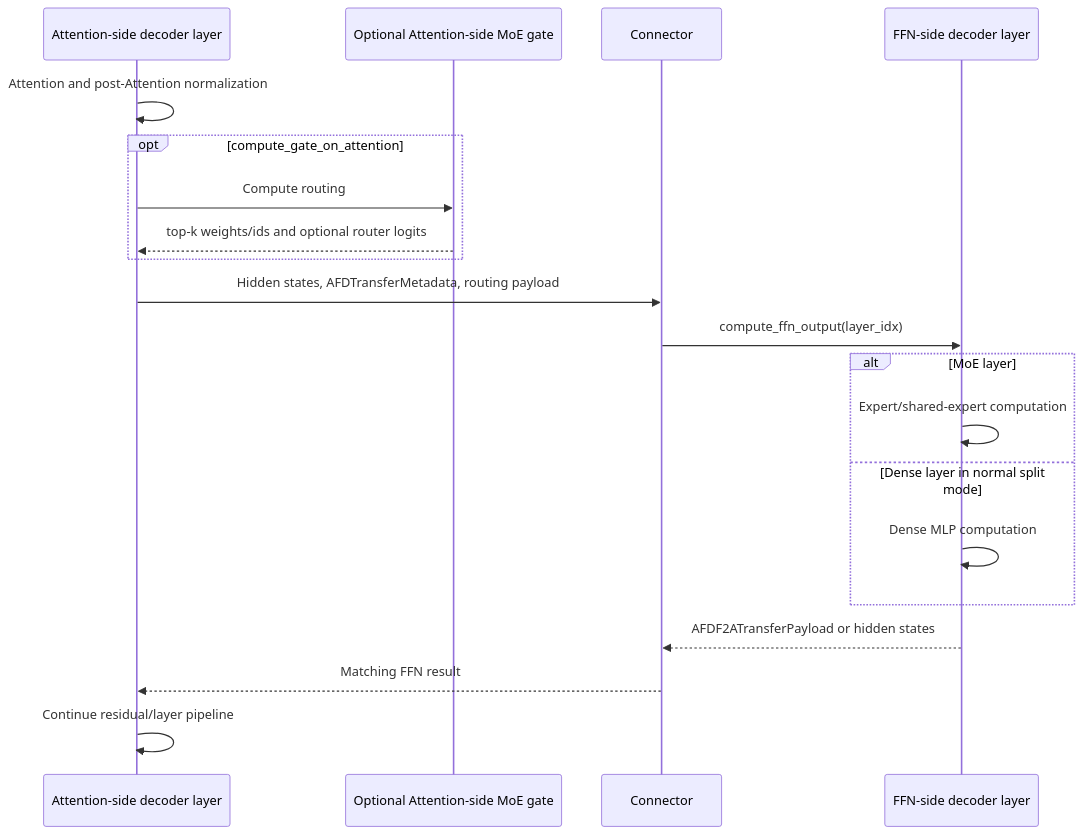
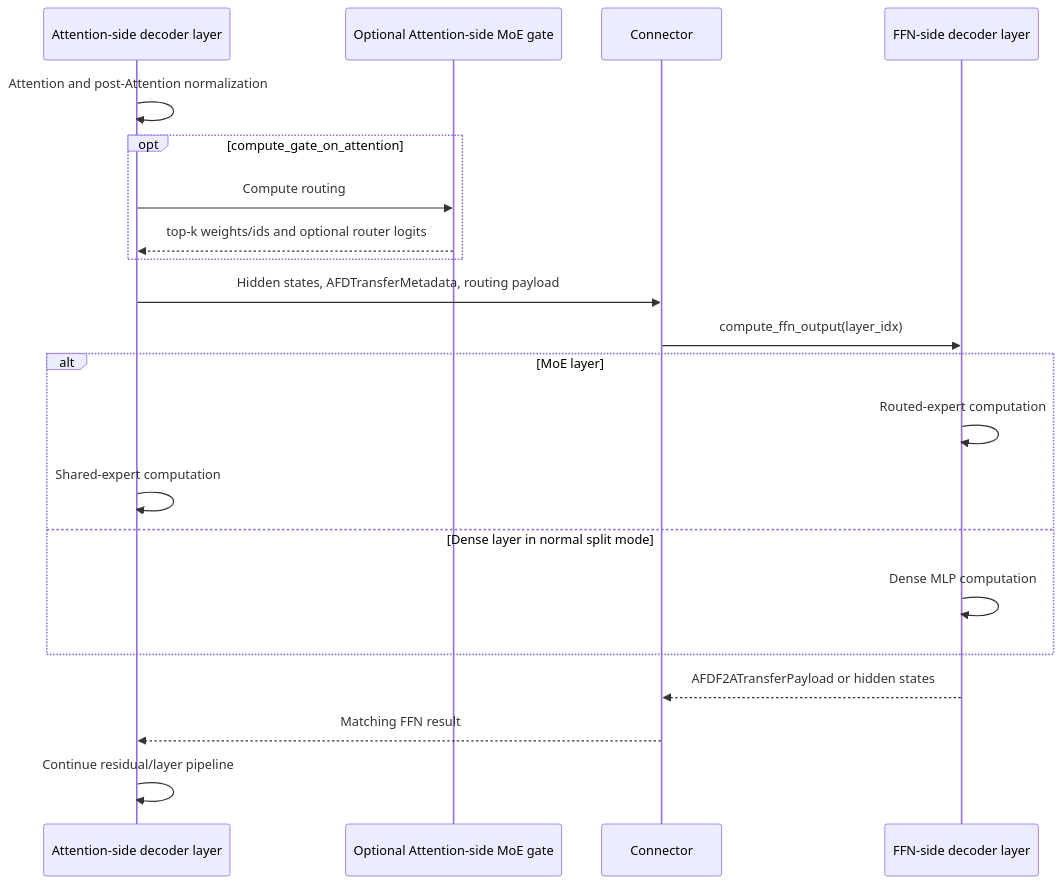
Before and after one commit to GuangyuZhu04/afd-plugin: the diagram in docs/design/module/model_integration.md, drawn with Mermaid. The commit also changed other lines of this file and 35 other files, not shown here.

````diff
--- a/docs/design/module/model_integration.md
+++ b/docs/design/module/model_integration.md
@@ -215,23 +218,24 @@
 ```mermaid
 sequenceDiagram
     participant AttentionLayer as Attention-side decoder layer
     participant Gate as Optional Attention-side MoE gate
     participant Connector
     participant FFNLayer as FFN-side decoder layer
 
     AttentionLayer->>AttentionLayer: Attention and post-Attention normalization
     opt compute_gate_on_attention
         AttentionLayer->>Gate: Compute routing
         Gate-->>AttentionLayer: top-k weights/ids and optional router logits
     end
     AttentionLayer->>Connector: Hidden states, AFDTransferMetadata, routing payload
     Connector->>FFNLayer: compute_ffn_output(layer_idx)
     alt MoE layer
-        FFNLayer->>FFNLayer: Expert/shared-expert computation
+        FFNLayer->>FFNLayer: Routed-expert computation
+        AttentionLayer->>AttentionLayer: Shared-expert computation
     else Dense layer in normal split mode
         FFNLayer->>FFNLayer: Dense MLP computation
     end
     FFNLayer-->>Connector: AFDF2ATransferPayload or hidden states
     Connector-->>AttentionLayer: Matching FFN result
     AttentionLayer->>AttentionLayer: Continue residual/layer pipeline
 ```
````
